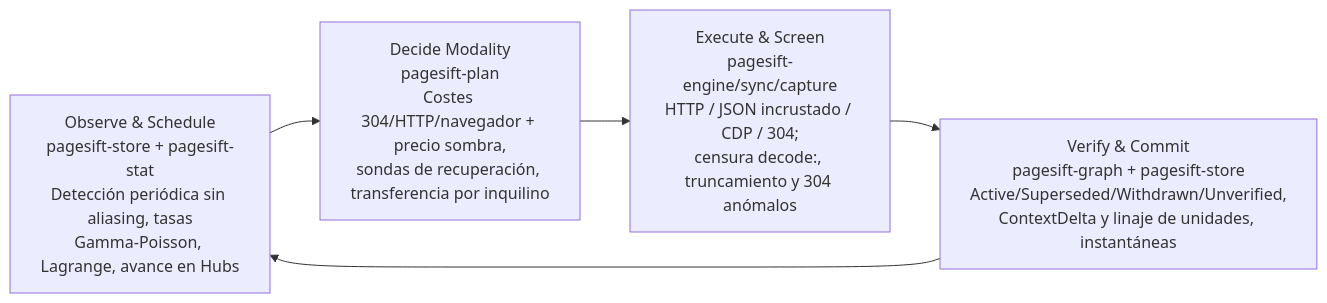
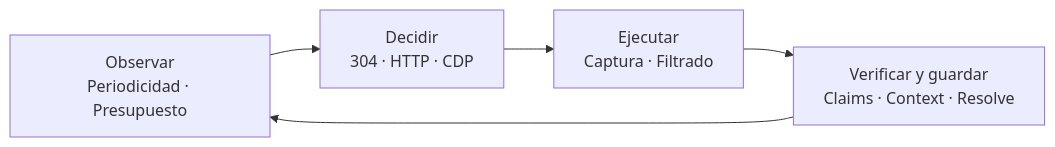
Before and after one commit to YOLOW92/pagesift: the second of 4 diagrams in docs/README.es.md, drawn with Mermaid. The commit also changed other lines of this file and 104 other files, not shown here.

````diff
--- a/docs/README.es.md
+++ b/docs/README.es.md
@@ -185,9 +168,9 @@
 ```mermaid
 flowchart LR
-    Obs["Observe & Schedule<br/>pagesift-store + pagesift-stat<br/>Detección periódica sin aliasing, tasas<br/>Gamma-Poisson, Lagrange, avance en Hubs"]
-    Dec["Decide Modality<br/>pagesift-plan<br/>Costes 304/HTTP/navegador + precio sombra,<br/>sondas de recuperación, transferencia por inquilino"]
-    Exe["Execute & Screen<br/>pagesift-engine/sync/capture<br/>HTTP / JSON incrustado / CDP / 304;<br/>censura decode:, truncamiento y 304 anómalos"]
-    Ver["Verify & Commit<br/>pagesift-graph + pagesift-store<br/>Active/Superseded/Withdrawn/Unverified,<br/>ContextDelta y linaje de unidades, instantáneas"]
+    Obs["Observar<br/>Periodicidad · Presupuesto"]
+    Dec["Decidir<br/>304 · HTTP · CDP"]
+    Exe["Ejecutar<br/>Captura · Filtrado"]
+    Ver["Verificar y guardar<br/>Claims · Context · Resolve"]
 
     Obs --> Dec --> Exe --> Ver --> Obs
 ```
````
